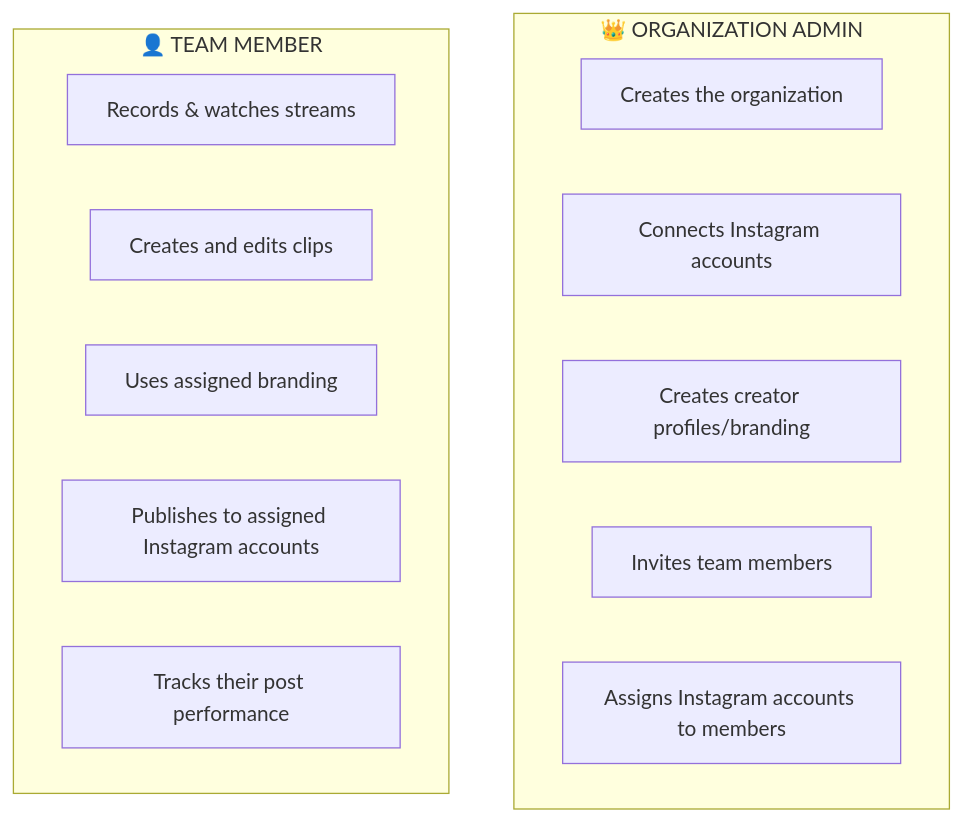
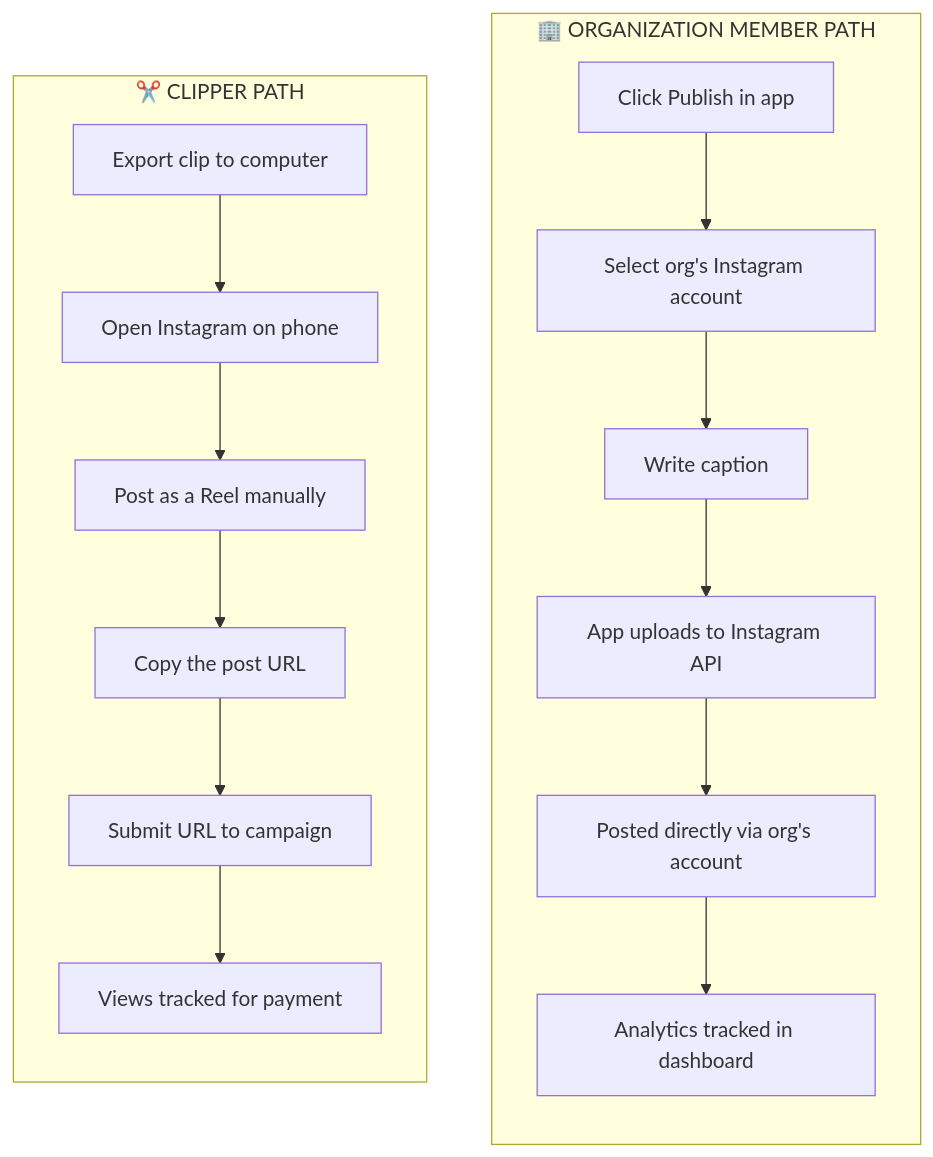
One commit to snowdamiz/clippster-mono changed the sixth of 11 diagrams in INSTAGRAM_COMPLETE_FLOW_CHART.md. Above: the diagram before and after it, drawn with Mermaid. The commit also changed other lines of this file, not shown here.

````diff
--- a/INSTAGRAM_COMPLETE_FLOW_CHART.md
+++ b/INSTAGRAM_COMPLETE_FLOW_CHART.md
@@ -79,18 +211,20 @@
 ```mermaid
 flowchart TB
-    subgraph admin [" 👑 ORGANIZATION ADMIN "]
-        A1[Creates the organization]
-        A2[Connects Instagram accounts]
-        A3[Creates creator profiles/branding]
-        A4[Invites team members]
-        A5[Assigns Instagram accounts to members]
+    subgraph org_path [" 🏢 ORGANIZATION MEMBER PATH "]
+        direction TB
+        O1[Click Publish in app] --> O2[Select org's Instagram account]
+        O2 --> O3[Write caption]
+        O3 --> O4[App uploads to Instagram API]
+        O4 --> O5[Posted directly via org's account]
+        O5 --> O6[Analytics tracked in dashboard]
     end
 
-    subgraph member [" 👤 TEAM MEMBER "]
-        M1[Records & watches streams]
-        M2[Creates and edits clips]
-        M3[Uses assigned branding]
-        M4[Publishes to assigned Instagram accounts]
-        M5[Tracks their post performance]
+    subgraph clipper_path [" ✂️ CLIPPER PATH "]
+        direction TB
+        C1[Export clip to computer] --> C2[Open Instagram on phone]
+        C2 --> C3[Post as a Reel manually]
+        C3 --> C4[Copy the post URL]
+        C4 --> C5[Submit URL to campaign]
+        C5 --> C6[Views tracked for payment]
     end
 ```
````
